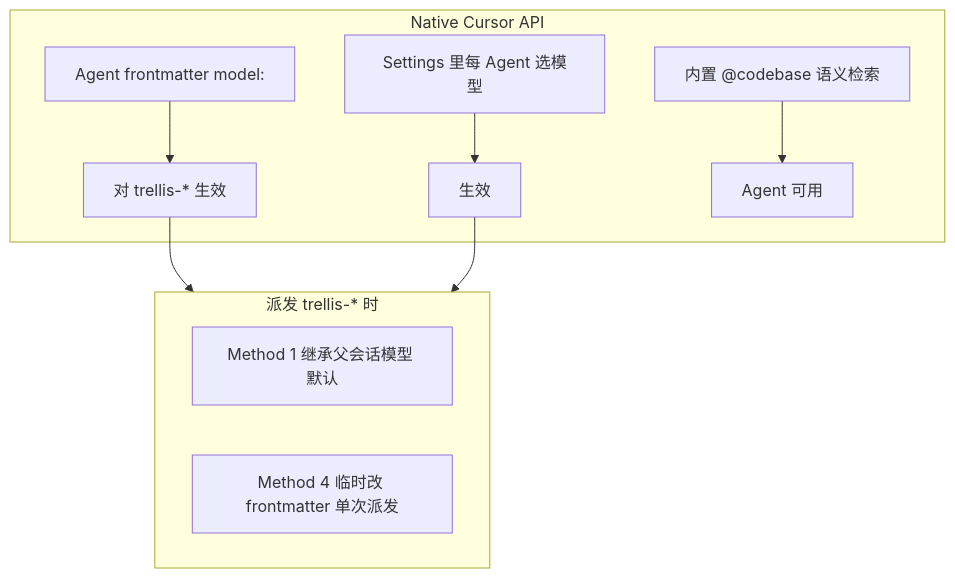
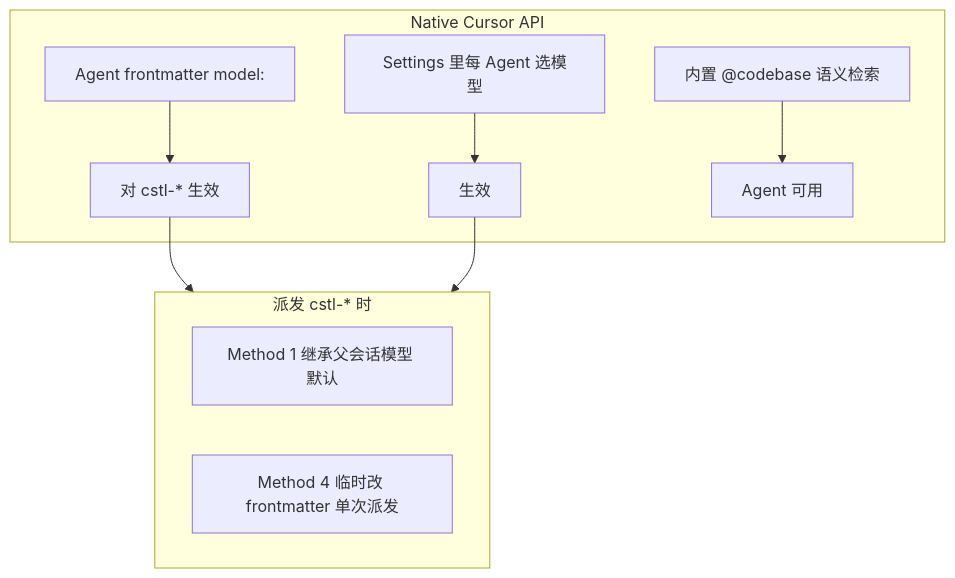
Before and after one commit to blxzer77/cursor-trellis: the fourth of 5 diagrams in docs/community/linux-do-release.md, drawn with Mermaid. The commit also changed other lines of this file and 248 other files, not shown here.

````diff
--- a/docs/community/linux-do-release.md
+++ b/docs/community/linux-do-release.md
@@ -150,13 +152,13 @@
 ```mermaid
 flowchart TD
   subgraph native[Native Cursor API]
-    FM["Agent frontmatter model:"] --> OK1[对 trellis-* 生效]
+    FM["Agent frontmatter model:"] --> OK1[对 cstl-* 生效]
     UI[Settings 里每 Agent 选模型] --> OK2[生效]
     SEM["内置 @codebase 语义检索"] --> OK3[Agent 可用]
   end
-  subgraph dispatch[派发 trellis-* 时]
+  subgraph dispatch[派发 cstl-* 时]
     D1[Method 1 继承父会话模型 默认]
     D4[Method 4 临时改 frontmatter 单次派发]
   end
   OK1 & OK2 --> dispatch
 ```
````
